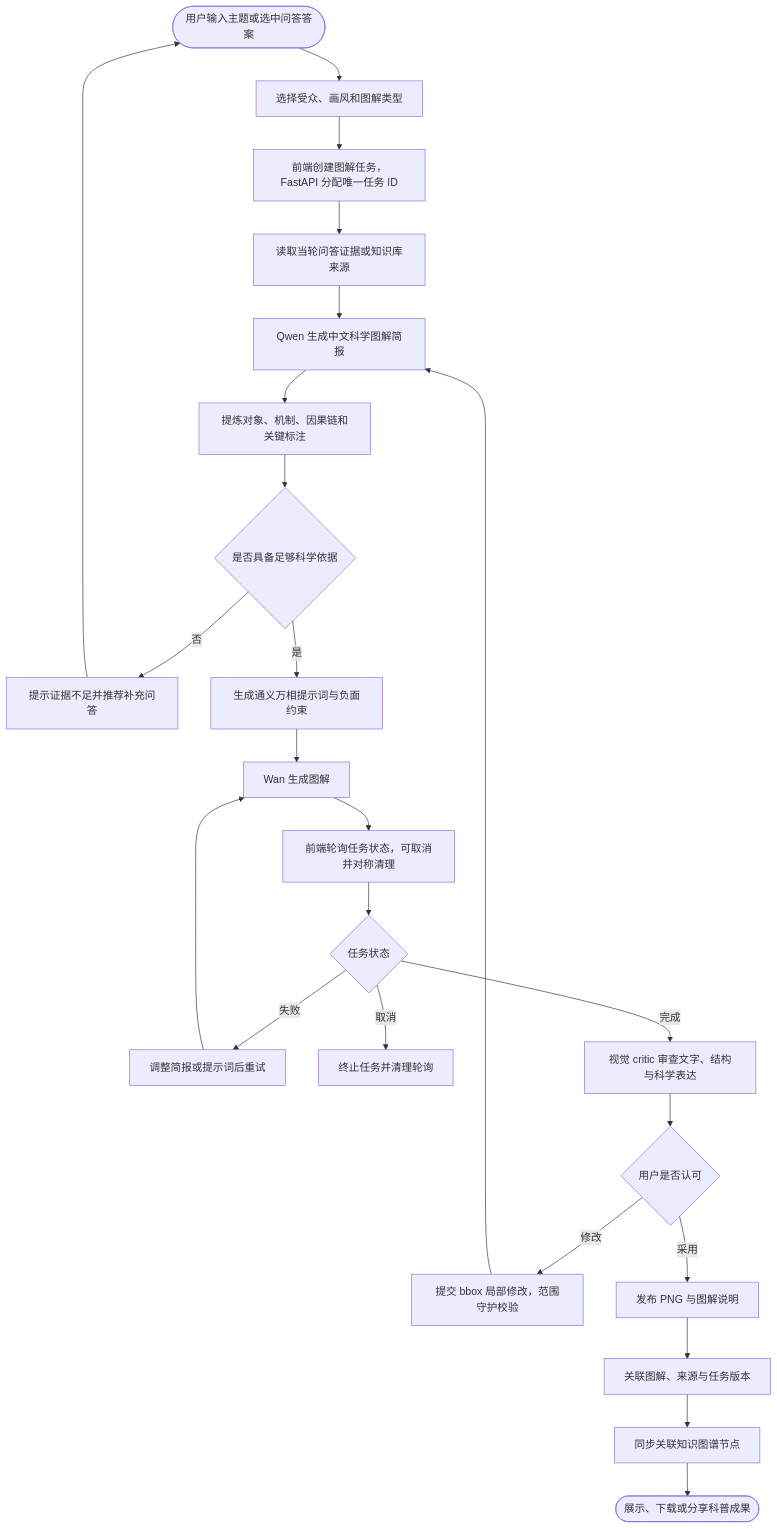
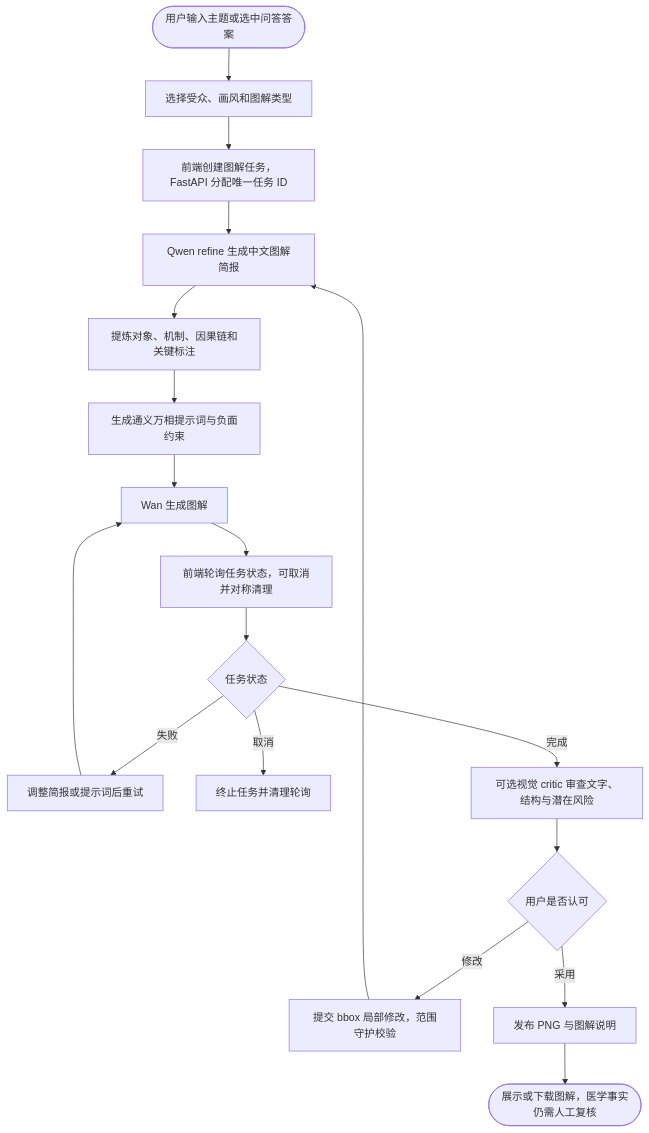
Before and after one commit to bannnnnddse/vaccine-ai-yimiaozhihui: the second of 3 diagrams in README.md, drawn with Mermaid. The commit also changed other lines of this file and 34 other files, not shown here.

````diff
--- a/README.md
+++ b/README.md
@@ -62,33 +64,25 @@
 ```mermaid
 flowchart TB
     accTitle: 科学图解运行工作流
-    accDescr: 一次图解请求从主题输入、科学内容规划、通义万相生成、审核修改到成果发布完成闭环。
+    accDescr: 正式任务从主题输入、Qwen 简报到 Wan 生成，可选视觉审核及用户框选编辑；当前不含独立证据检索。
 
     user([用户输入主题或选中问答答案]) --> choose[选择受众、画风和图解类型]
     choose --> create_job[前端创建图解任务，FastAPI 分配唯一任务 ID]
-    create_job --> source_fetch[读取当轮问答证据或知识库来源]
-
-    source_fetch --> qwen_brief[Qwen 生成中文科学图解简报]
+    create_job --> qwen_brief[Qwen refine 生成中文图解简报]
     qwen_brief --> extract[提炼对象、机制、因果链和关键标注]
-    extract --> fact_check{是否具备足够科学依据}
-
-    fact_check -->|否| explain_missing[提示证据不足并推荐补充问答]
-    explain_missing --> user
-    fact_check -->|是| prompt_design[生成通义万相提示词与负面约束]
+    extract --> prompt_design[生成通义万相提示词与负面约束]
 
     prompt_design --> wanxiang[Wan 生成图解]
     wanxiang --> poll[前端轮询任务状态，可取消并对称清理]
     poll --> status{任务状态}
     status -->|失败| retry[调整简报或提示词后重试]
     retry --> wanxiang
     status -->|取消| cancel[终止任务并清理轮询]
-    status -->|完成| quality[视觉 critic 审查文字、结构与科学表达]
+    status -->|完成| quality[可选视觉 critic 审查文字、结构与潜在风险]
 
     quality --> approve{用户是否认可}
     approve -->|修改| edit[提交 bbox 局部修改，范围守护校验]
     edit --> qwen_brief
     approve -->|采用| publish[发布 PNG 与图解说明]
-    publish --> provenance[关联图解、来源与任务版本]
-    provenance --> graph_link[同步关联知识图谱节点]
-    graph_link --> result([展示、下载或分享科普成果])
+    publish --> result([展示或下载图解，医学事实仍需人工复核])
 ```
````
